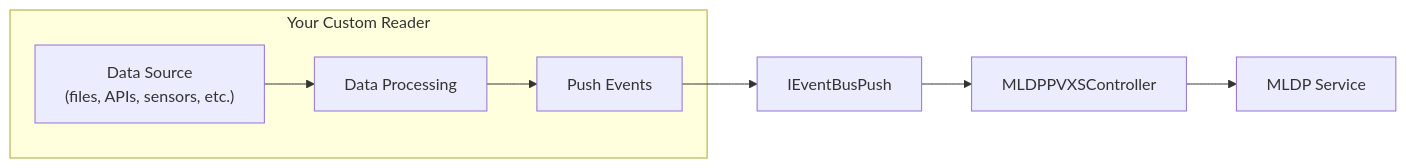
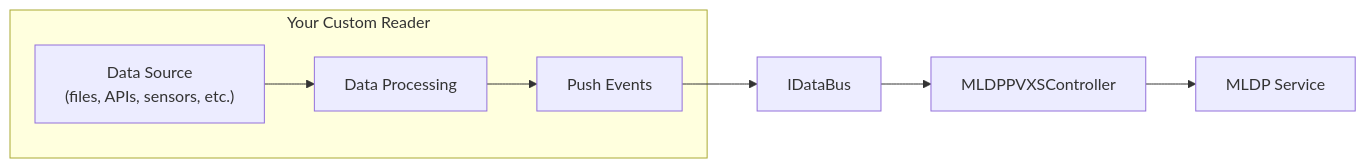
The diagram in docs/readers-implementation.md (slaclab/mldp-pvxs-driver), drawn with Mermaid before and after one commit. The commit also changed other lines of this file and 120 other files, not shown here.

````diff
--- a/docs/readers-implementation.md
+++ b/docs/readers-implementation.md
@@ -9,14 +19,14 @@
 ```mermaid
 flowchart LR
     subgraph YourReader["Your Custom Reader"]
         DataSource["Data Source<br/>(files, APIs, sensors, etc.)"]
         Processing["Data Processing"]
         Push["Push Events"]
     end
 
     DataSource --> Processing
     Processing --> Push
-    Push --> Bus["IEventBusPush"]
+    Push --> Bus["IDataBus"]
     Bus --> Controller["MLDPPVXSController"]
     Controller --> MLDP["MLDP Service"]
 ```
````
